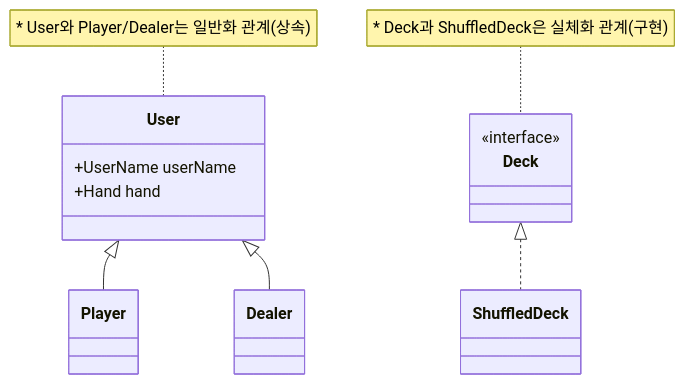
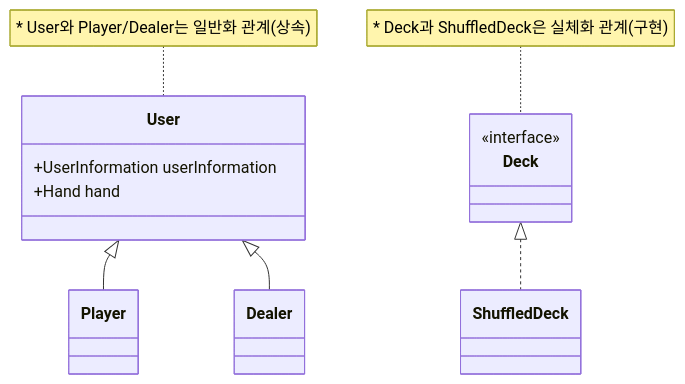
The second of 3 diagrams in README.md (woowacourse/java-blackjack), drawn with Mermaid before and after one commit. The commit also changed other lines of this file, not shown here.

````diff
--- a/README.md
+++ b/README.md
@@ -27,13 +27,13 @@
 ```mermaid
 classDiagram
     User <|-- Player
     User <|-- Dealer
     Deck <|.. ShuffledDeck
     <<interface>> Deck
     note for User "* User와 Player/Dealer는 일반화 관계(상속)"
     note for Deck "* Deck과 ShuffledDeck은 실체화 관계(구현)"
     class User {
-        +UserName userName
+        +UserInformation userInformation
         +Hand hand
     }
 ```
````
